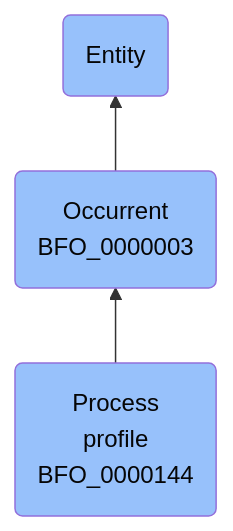
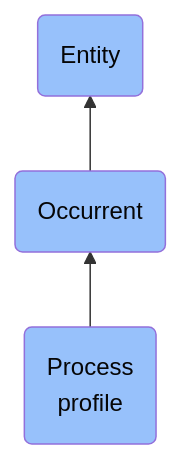
One commit to jupyter-naas/abi changed the diagram in docs/ontology/reference/model/Entity/Occurrent/Process profile/Process profile.md. Above: the diagram before and after it, drawn with Mermaid. The commit also changed other lines of this file and 1430 other files, not shown here.

````diff
--- a/docs/ontology/reference/model/Entity/Occurrent/Process profile/Process profile.md
+++ b/docs/ontology/reference/model/Entity/Occurrent/Process profile/Process profile.md
@@ -24,10 +24,10 @@
 ```mermaid
 graph BT
-    BFO_0000144(Process<br>profile<br>BFO_0000144):::BFO-->BFO_0000003
-    BFO_0000003(Occurrent<br>BFO_0000003):::BFO-->BFO_0000001
+    BFO_0000144(Process<br>profile):::BFO-->BFO_0000003
+    BFO_0000003(Occurrent):::BFO-->BFO_0000001
     BFO_0000001(Entity):::BFO
     
     classDef BFO fill:#97c1fb,color:#060606
     classDef CCO fill:#e4c51e,color:#060606
     classDef ABI fill:#48DD82,color:#060606
 ```
````
